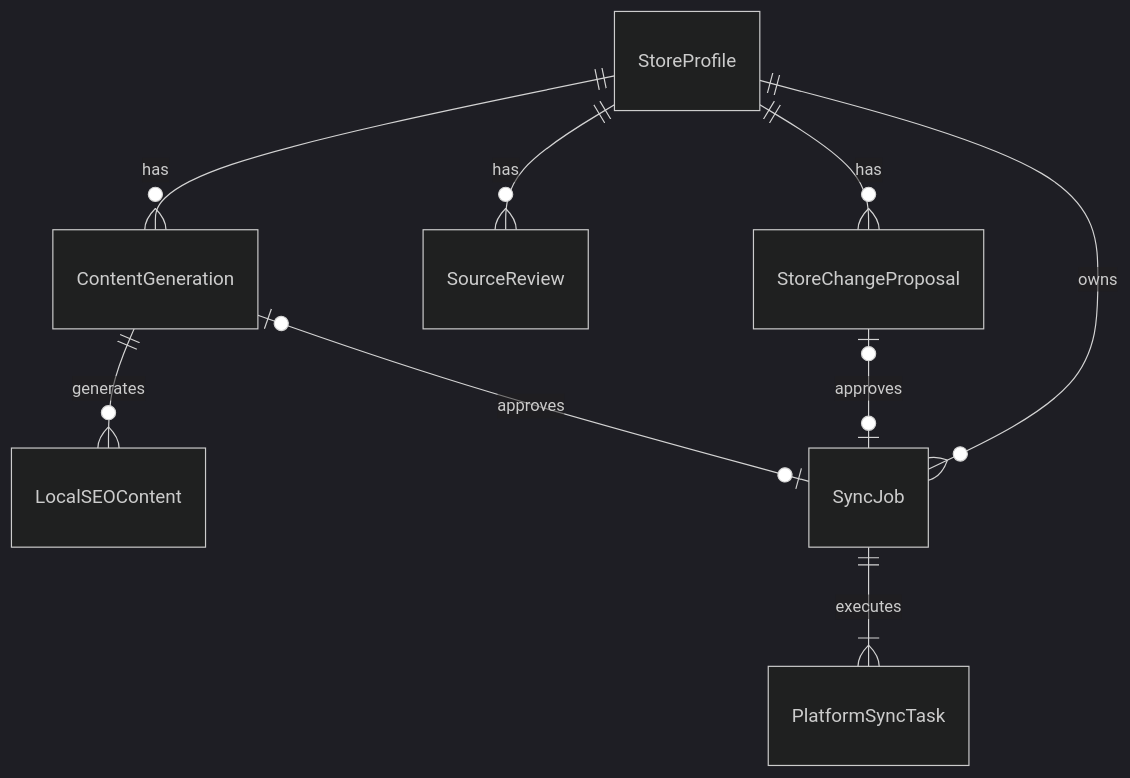
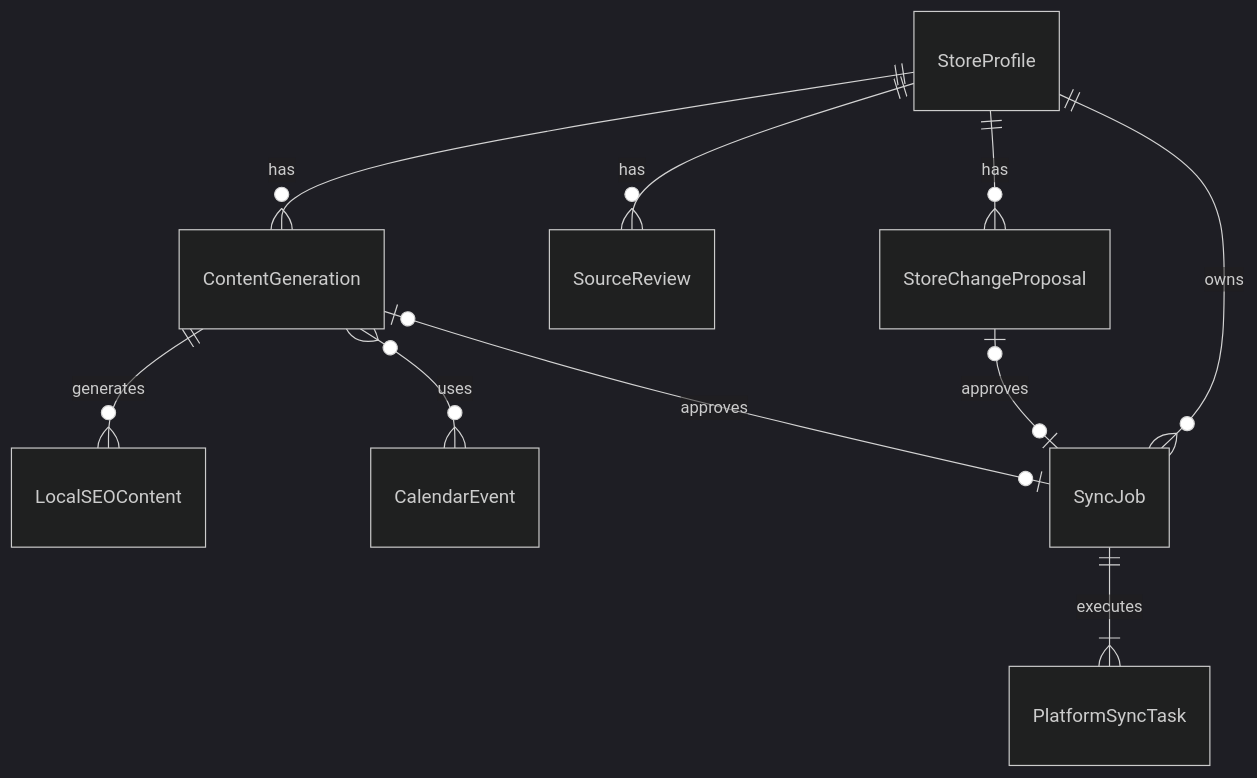
The diagram in docs/sdd/data-model.md (mapkeeper/mapkeeper-sdd), drawn with Mermaid (dark theme) before and after one commit. The commit also changed other lines of this file and 33 other files, not shown here.

````diff
--- a/docs/sdd/data-model.md
+++ b/docs/sdd/data-model.md
@@ -208,11 +240,12 @@
 ```mermaid
 erDiagram
   StoreProfile ||--o{ StoreChangeProposal : has
   StoreProfile ||--o{ SourceReview : has
   StoreProfile ||--o{ ContentGeneration : has
   ContentGeneration ||--o{ LocalSEOContent : generates
+  ContentGeneration }o--o{ CalendarEvent : uses
   StoreProfile ||--o{ SyncJob : owns
   StoreChangeProposal o|--o| SyncJob : approves
   ContentGeneration o|--o| SyncJob : approves
   SyncJob ||--|{ PlatformSyncTask : executes
 ```
````
